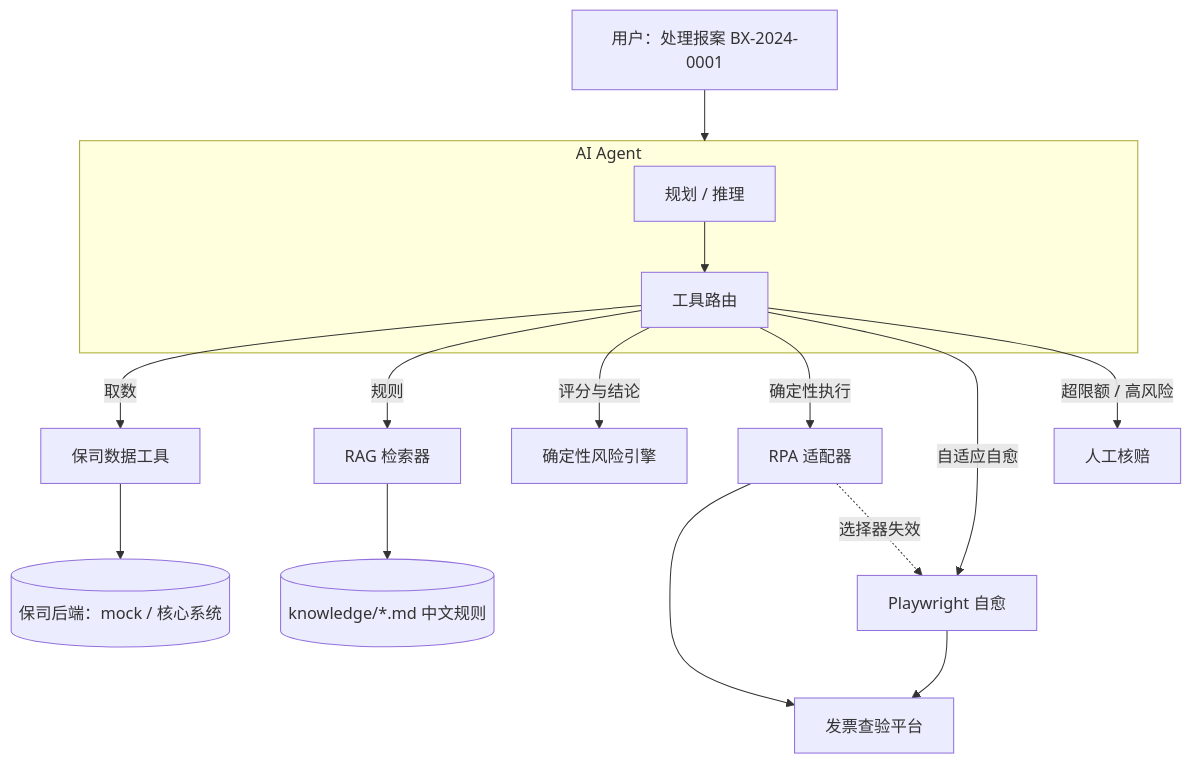
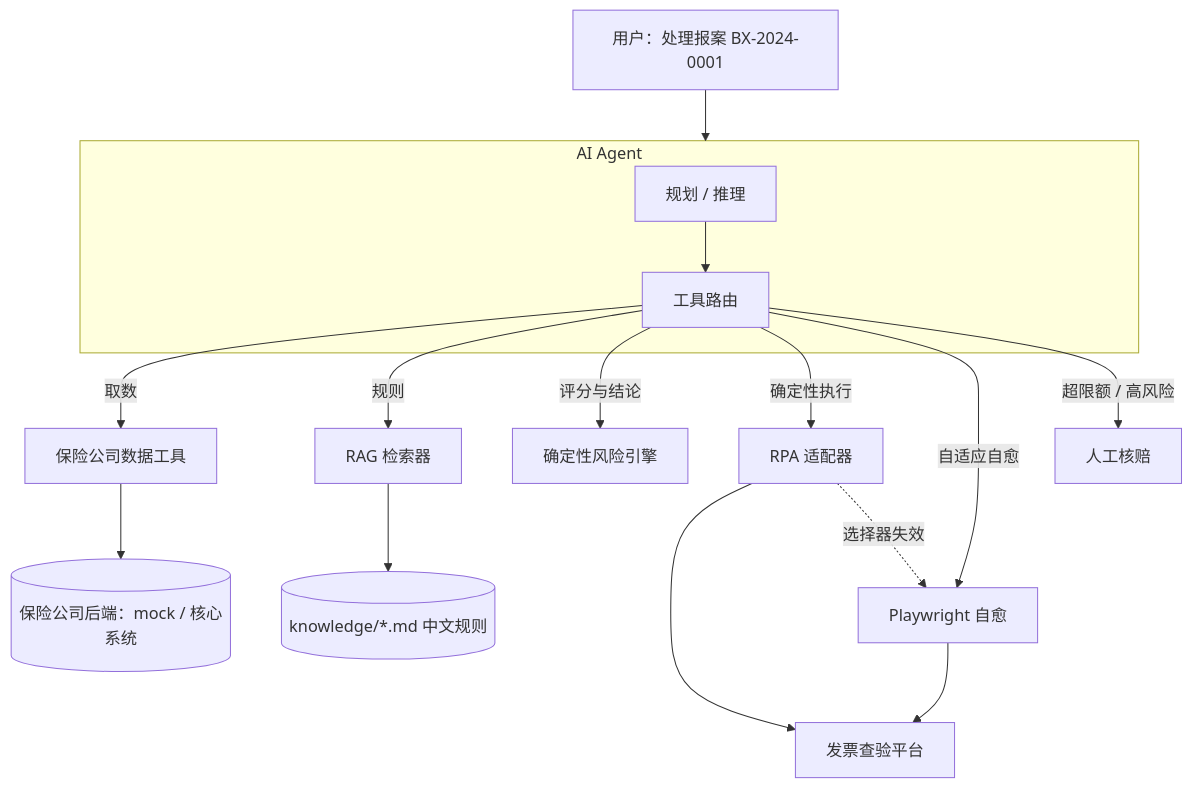
One commit to Jack-CuiXiaodong/agentic-insurance-automation changed the second of 2 diagrams in README.md. Above: the diagram before and after it, drawn with Mermaid. The commit also changed other lines of this file, not shown here.

````diff
--- a/README.md
+++ b/README.md
@@ -75,21 +75,21 @@
 ```mermaid
 flowchart TD
     U[用户：处理报案 BX-2024-0001] --> AG
 
     subgraph AG[AI Agent]
       P[规划 / 推理] --> TR[工具路由]
     end
 
-    TR -->|取数| API[保司数据工具]
+    TR -->|取数| API[保险公司数据工具]
     TR -->|规则| RAG[RAG 检索器]
     TR -->|评分与结论| RISK[确定性风险引擎]
     TR -->|确定性执行| RPA[RPA 适配器]
     TR -->|自适应自愈| PW[Playwright 自愈]
     TR -->|超限额 / 高风险| HUM[人工核赔]
 
-    API --> BE[(保司后端：mock / 核心系统)]
+    API --> BE[(保险公司后端：mock / 核心系统)]
     RAG --> KB[(knowledge/*.md 中文规则)]
     RPA --> LEG[发票查验平台]
     PW --> LEG
     RPA -. 选择器失效 .-> PW
 ```
````
